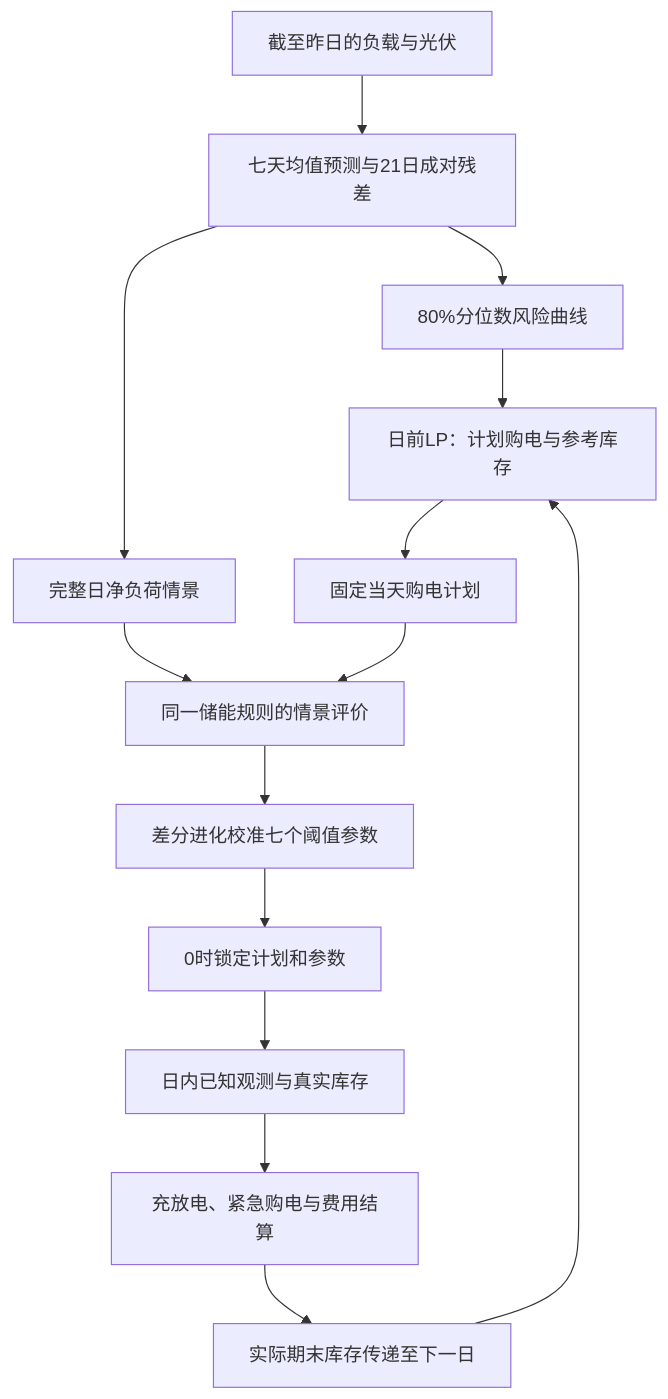
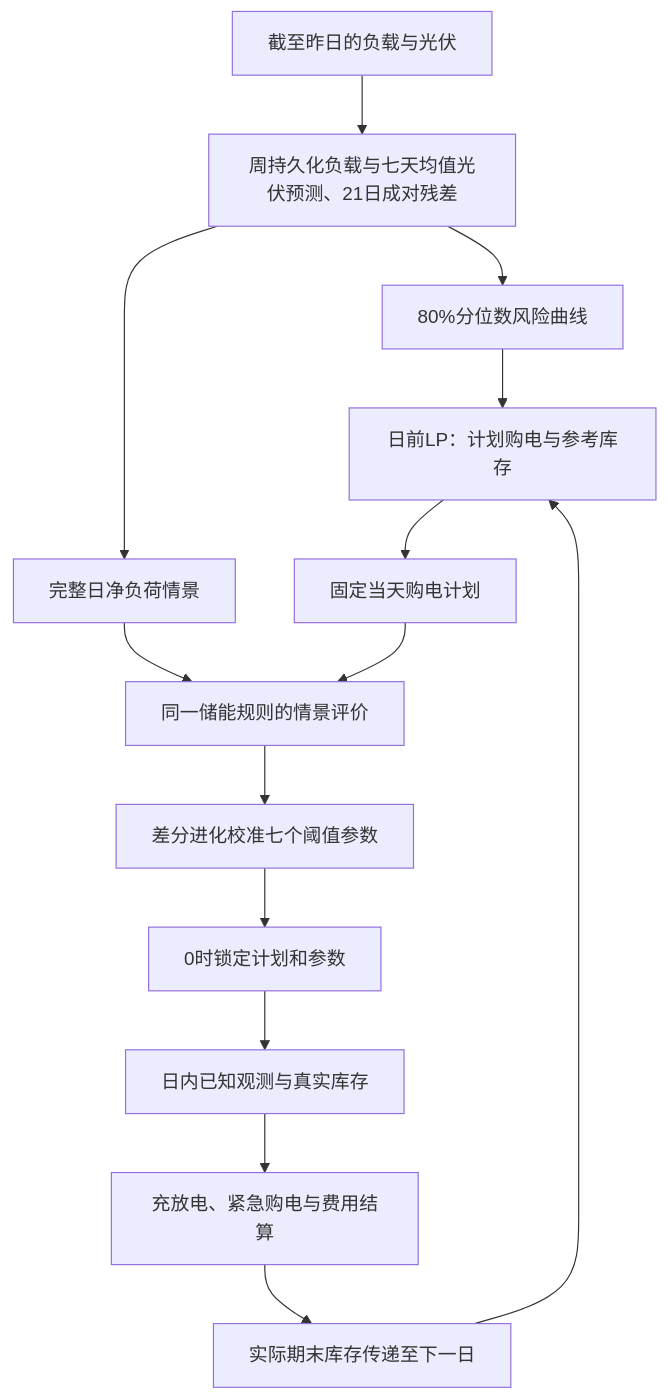
The diagram in outputs/question2/current/paper/问题二完整解答_LDR主方案.md (G-gyf/GuoSai-C), drawn with Mermaid before and after one commit. The commit also changed other lines of this file and 146 other files, not shown here.

````diff
--- a/outputs/question2/current/paper/问题二完整解答_LDR主方案.md
+++ b/outputs/question2/current/paper/问题二完整解答_LDR主方案.md
@@ -17,16 +17,16 @@
 ```mermaid
 flowchart TD
- A[截至昨日的负载与光伏] --> B[七天均值预测与21日成对残差]
+ A[截至昨日的负载与光伏] --> B[周持久化负载与七天均值光伏预测、21日成对残差]
  B --> C[80%分位数风险曲线]
  C --> D[日前LP：计划购电与参考库存]
  B --> E[完整日净负荷情景]
  D --> F[固定当天购电计划]
  E --> G[同一储能规则的情景评价]
  F --> G
  G --> H[差分进化校准七个阈值参数]
  H --> I[0时锁定计划和参数]
  I --> J[日内已知观测与真实库存]
  J --> K[充放电、紧急购电与费用结算]
  K --> L[实际期末库存传递至下一日]
  L --> D
 ```
````
